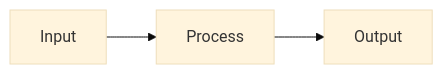
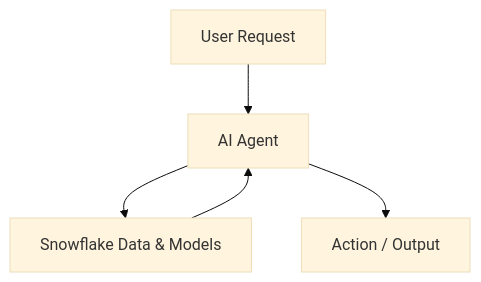
Before and after one commit to Tejustarr/snowflake-handbook: the diagram in whats-new/2025/5-ai-agents/2-intro.md, drawn with Mermaid (base theme). The commit also changed other lines of this file and 7 other files, not shown here.

````diff
--- a/whats-new/2025/5-ai-agents/2-intro.md
+++ b/whats-new/2025/5-ai-agents/2-intro.md
@@ -7,5 +10,7 @@
 ```mermaid
-flowchart LR
-  A[Input] --> B[Process]
-  B --> C[Output]
+graph TD
+  user[User Request] --> agent[AI Agent]
+  agent --> sf[Snowflake Data & Models]
+  sf --> agent
+  agent --> result[Action / Output]
 ```
````
